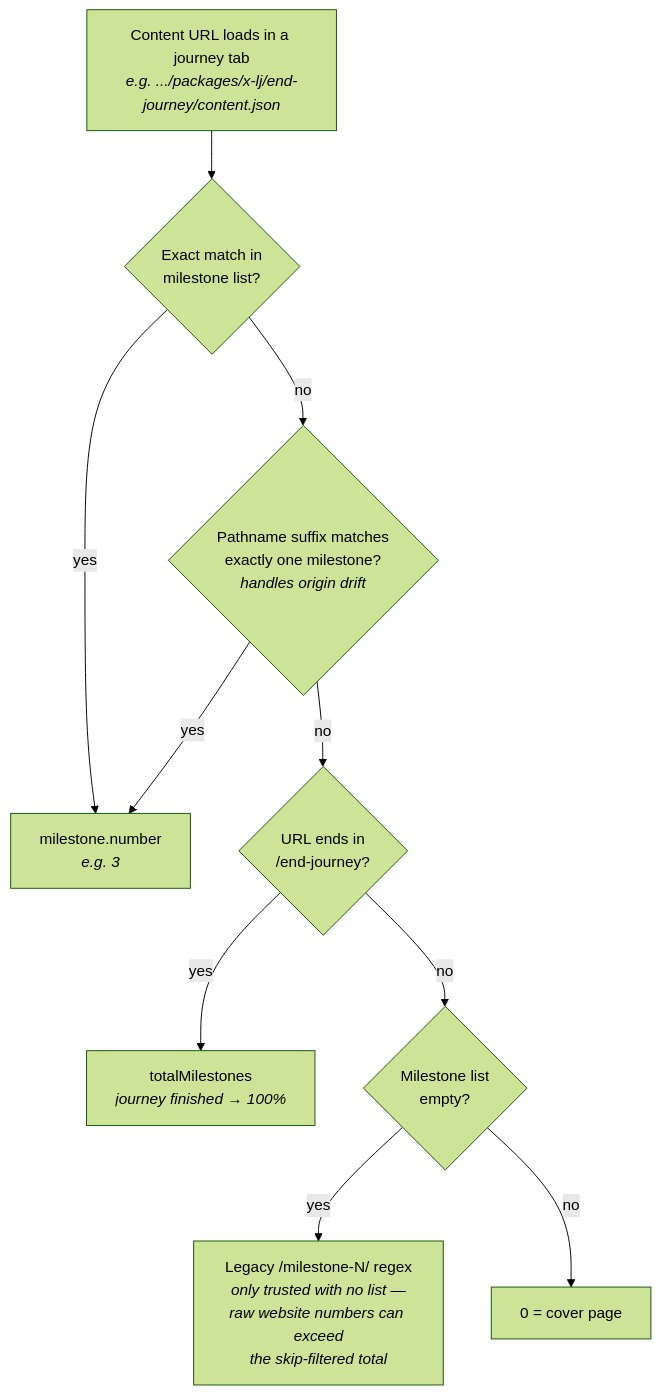
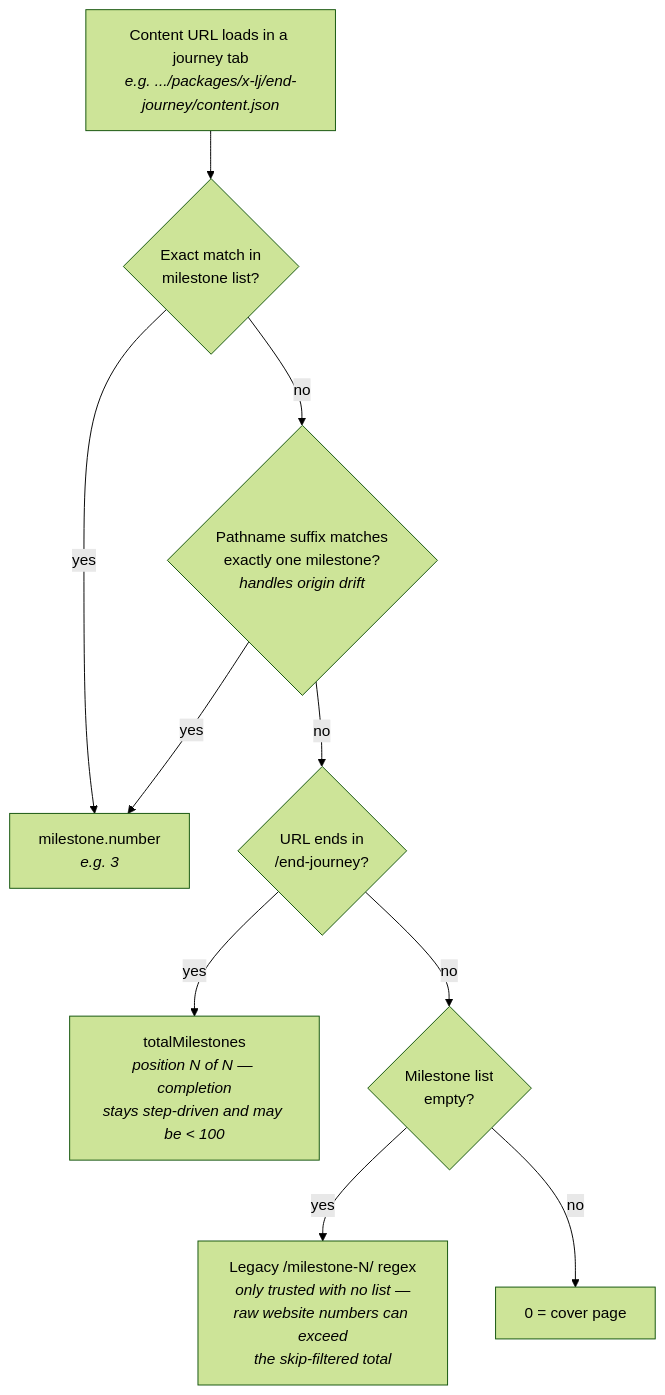
The second of 4 diagrams in docs/developer/COMPLETION_METRICS.md (grafana/grafana-pathfinder-app), drawn with Mermaid (forest theme) before and after one commit. The commit also changed other lines of this file and 21 other files, not shown here.

First line of the commit message:
fix(analytics): make journey completion_percentage step-driven

````diff
--- a/docs/developer/COMPLETION_METRICS.md
+++ b/docs/developer/COMPLETION_METRICS.md
@@ -70,12 +81,12 @@
 ```mermaid
 flowchart TD
     A["Content URL loads in a journey tab<br/><i>e.g. .../packages/x-lj/end-journey/content.json</i>"] --> B{"Exact match in<br/>milestone list?"}
     B -- yes --> C["milestone.number<br/><i>e.g. 3</i>"]
     B -- no --> D{"Pathname suffix matches<br/>exactly one milestone?<br/><i>handles origin drift</i>"}
     D -- yes --> C
     D -- no --> E{"URL ends in<br/>/end-journey?"}
-    E -- yes --> F["totalMilestones<br/><i>journey finished → 100%</i>"]
+    E -- yes --> F["totalMilestones<br/><i>position N of N — completion<br/>stays step-driven and may be &lt; 100</i>"]
     E -- no --> G{"Milestone list<br/>empty?"}
     G -- yes --> H["Legacy /milestone-N/ regex<br/><i>only trusted with no list —<br/>raw website numbers can exceed<br/>the skip-filtered total</i>"]
     G -- no --> I["0 = cover page"]
 ```
````
